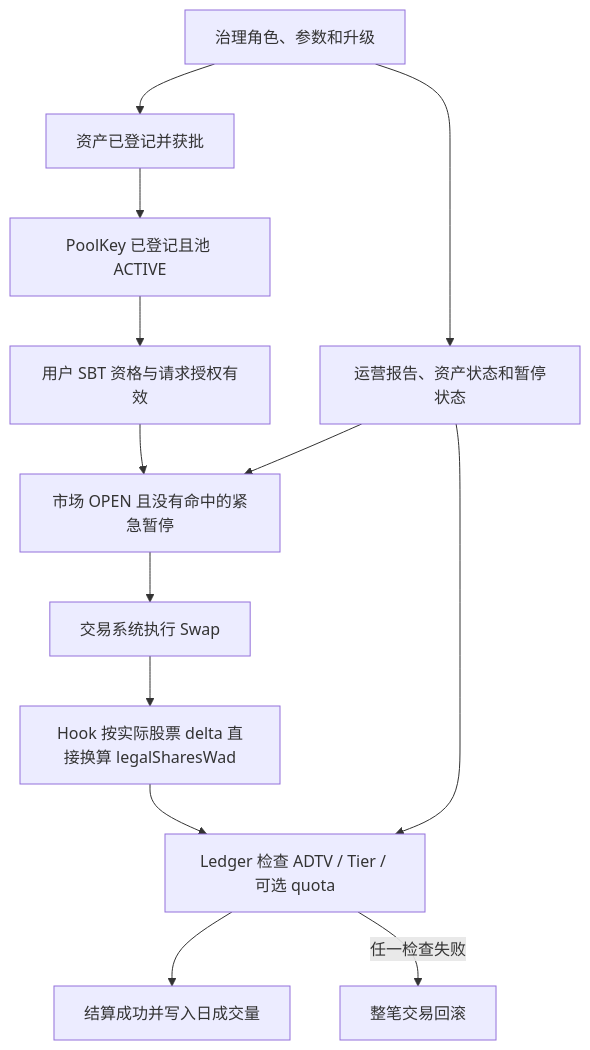
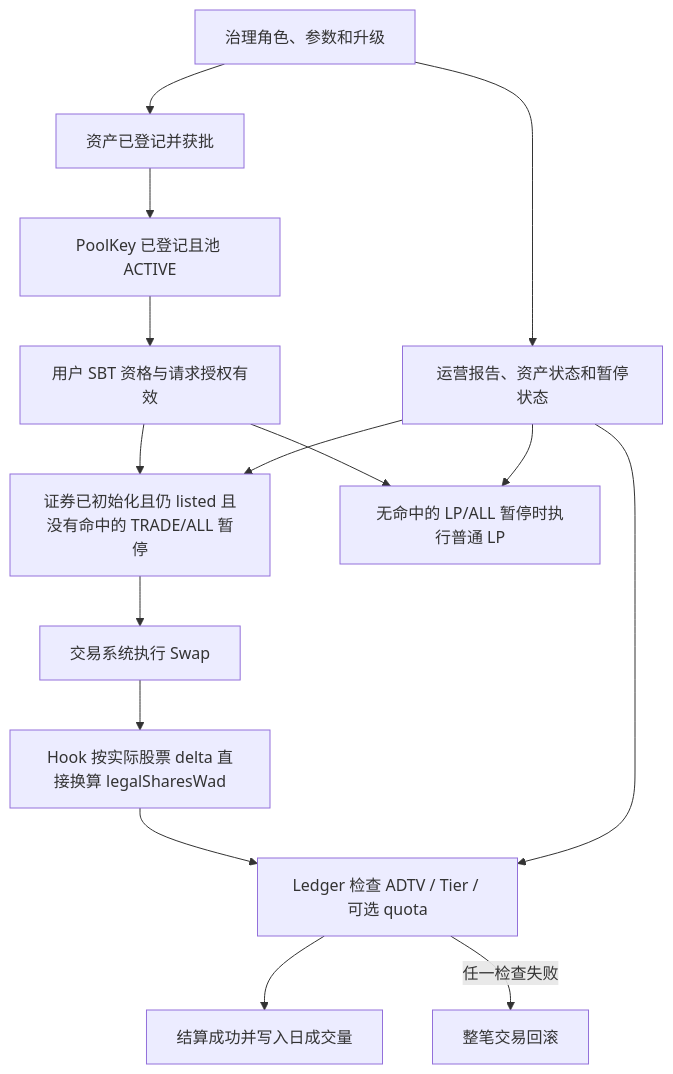
One commit to okx/tsv changed the tenth of 10 diagrams in docs/SYSTEMS_OVERVIEW.md. Above: the diagram before and after it, drawn with Mermaid. The commit also changed other lines of this file and 15 other files, not shown here.

````diff
--- a/docs/SYSTEMS_OVERVIEW.md
+++ b/docs/SYSTEMS_OVERVIEW.md
@@ -690,15 +702,17 @@
 ```mermaid
 flowchart TD
   A[资产已登记并获批] --> B[PoolKey 已登记且池 ACTIVE]
   B --> C[用户 SBT 资格与请求授权有效]
-  C --> D[市场 OPEN 且没有命中的紧急暂停]
+  C --> D[证券已初始化且仍 listed 且没有命中的 TRADE/ALL 暂停]
+  C --> LP[无命中的 LP/ALL 暂停时执行普通 LP]
+  R --> LP
   D --> E[交易系统执行 Swap]
   E --> F[Hook 按实际股票 delta 直接换算 legalSharesWad]
   F --> G[Ledger 检查 ADTV / Tier / 可选 quota]
   G --> H[结算成功并写入日成交量]
   G -->|任一检查失败| X[整笔交易回滚]
   R[运营报告、资产状态和暂停状态] --> D
   R --> G
   T[治理角色、参数和升级] --> R
   T --> A
 ```
````
